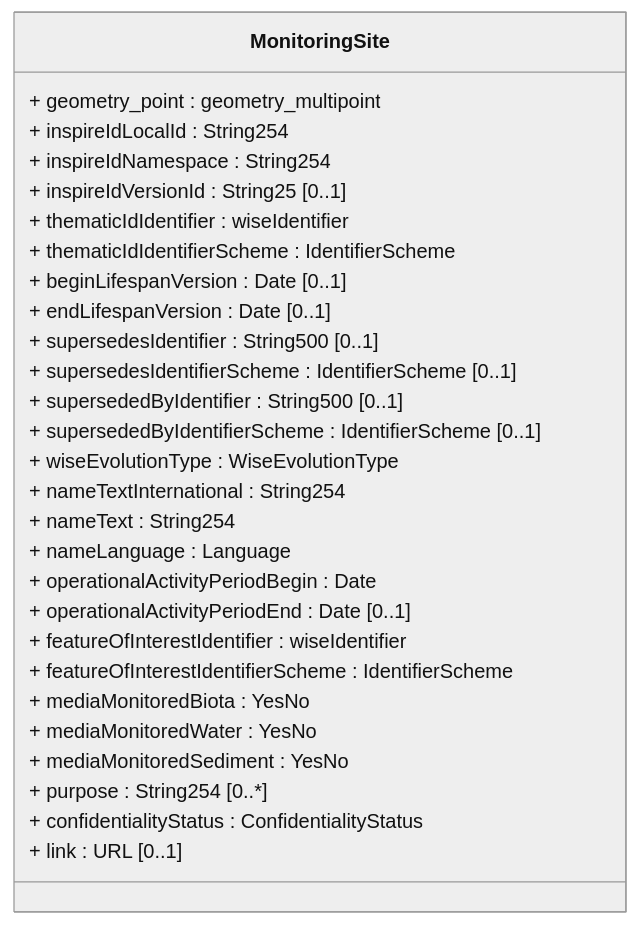
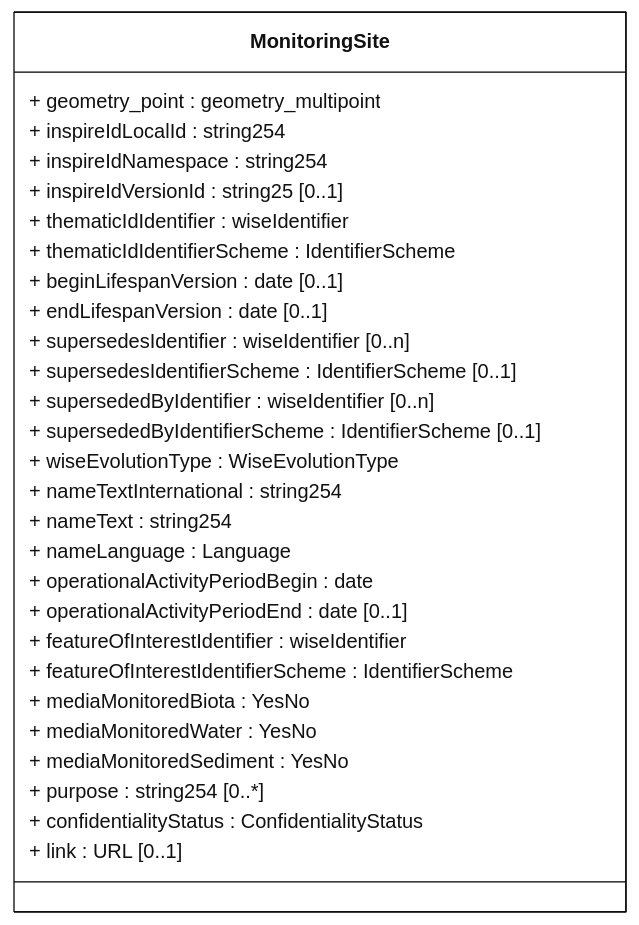
The diagram in docs/DataModelReview/mmd/Spatial_4thCycle_MonitoringSite.mmd (eeadata/WISE.WFD.Documentation), drawn with Mermaid before and after one commit. The commit also changed 25 other files, not shown here.

```diff
--- a/docs/DataModelReview/mmd/Spatial_4thCycle_MonitoringSite.mmd
+++ b/docs/DataModelReview/mmd/Spatial_4thCycle_MonitoringSite.mmd
@@ -1,37 +1,40 @@
 ---
 config:
   class:
     hideEmptyMembersBox: true
   layout: dagre
   theme: neutral
 ---
 classDiagram
 direction LR
 class MonitoringSite{
   + geometry_point : geometry_multipoint
-  + inspireIdLocalId : String254
-  + inspireIdNamespace : String254 
-  + inspireIdVersionId : String25 [0..1]
+  + inspireIdLocalId : string254
+  + inspireIdNamespace : string254 
+  + inspireIdVersionId : string25 [0..1]
   + thematicIdIdentifier : wiseIdentifier
   + thematicIdIdentifierScheme : IdentifierScheme
-  + beginLifespanVersion : Date [0..1]
-  + endLifespanVersion : Date [0..1]
-  + supersedesIdentifier : String500 [0..1]
+  + beginLifespanVersion : date [0..1]
+  + endLifespanVersion : date [0..1]
+  + supersedesIdentifier : wiseIdentifier [0..n]
   + supersedesIdentifierScheme : IdentifierScheme [0..1]
-  + supersededByIdentifier : String500 [0..1]
+  + supersededByIdentifier : wiseIdentifier [0..n]
   + supersededByIdentifierScheme : IdentifierScheme [0..1]
   + wiseEvolutionType : WiseEvolutionType
-  + nameTextInternational : String254
-  + nameText : String254
+  + nameTextInternational : string254
+  + nameText : string254
   + nameLanguage : Language
-  + operationalActivityPeriodBegin : Date 
-  + operationalActivityPeriodEnd : Date [0..1]
+  + operationalActivityPeriodBegin : date 
+  + operationalActivityPeriodEnd : date [0..1]
   + featureOfInterestIdentifier : wiseIdentifier
   + featureOfInterestIdentifierScheme : IdentifierScheme
   + mediaMonitoredBiota : YesNo
   + mediaMonitoredWater : YesNo
   + mediaMonitoredSediment : YesNo
-  + purpose : String254 [0..*]
+  + purpose : string254 [0..*]
   + confidentialityStatus : ConfidentialityStatus
   + link : URL [0..1]
 }
+
+classDef default fill:white,stroke:#000;
+classDef forFixing fill:white,stroke:#f00;
```
